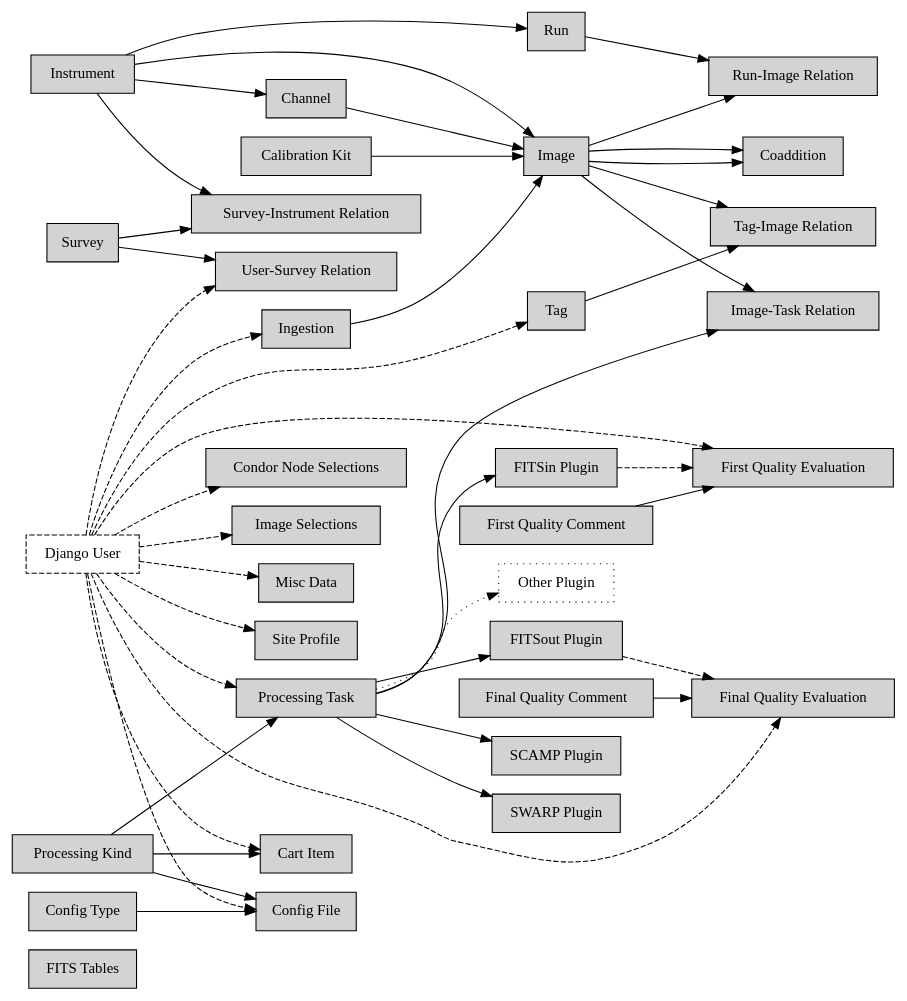
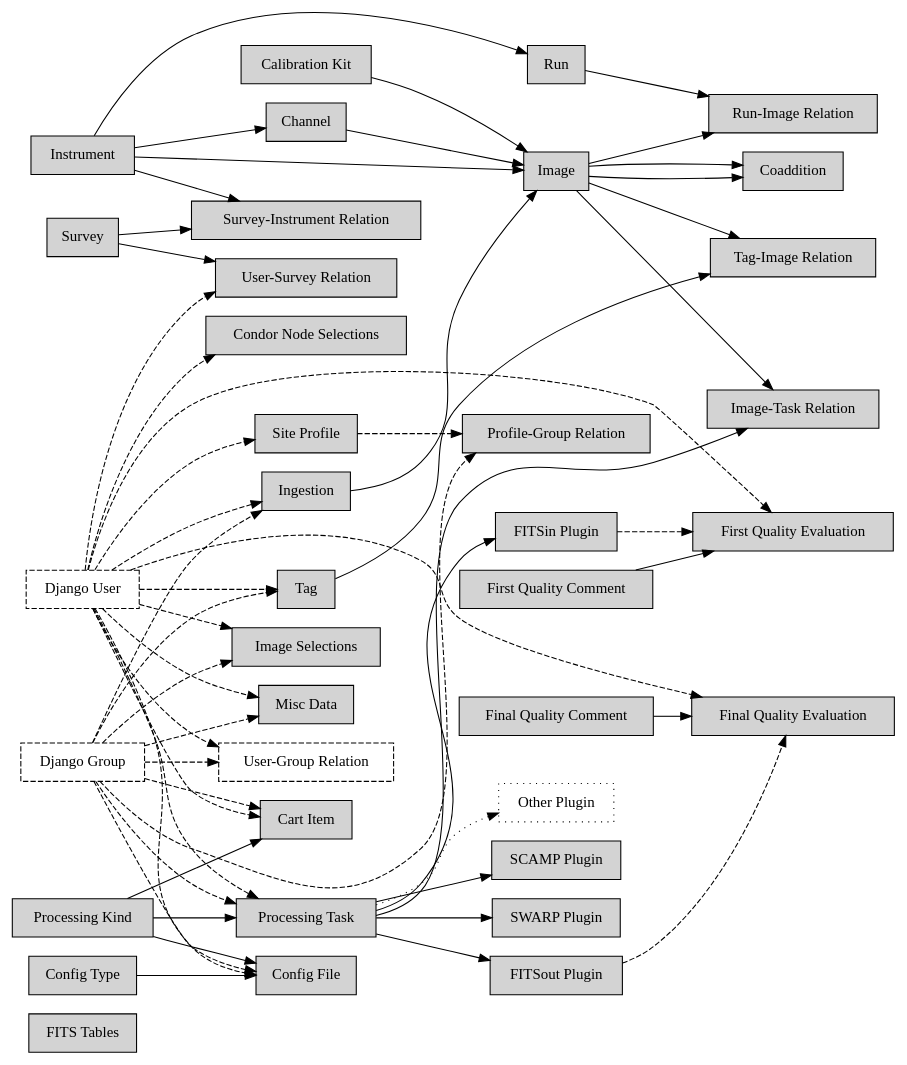
One commit to gotsunami/Youpi changed the diagram in doc/handbook/figures/codasyl.dot. Above: the diagram before and after it, drawn with Graphviz. The commit also changed 4 other files, not shown here.

```diff
--- a/doc/handbook/figures/codasyl.dot
+++ b/doc/handbook/figures/codasyl.dot
@@ -1,88 +1,103 @@
 /*
  * Youpi's CODASYL logical model
  *
  */
 digraph codasyl { 
 	rankdir = LR;
 	node [shape = box, style = filled];
 
 	/* Standalone records */
 	"FITS Tables";
 
 	/* Linked records */
 	calib [label="Calibration Kit"];
 	imgsel [label="Image Selections"];
 	task [label="Processing Task"];
 	relri [label="Run-Image Relation"];
 	carti [label="Cart Item"];
 	relsi [label="Survey-Instrument Relation"];
 	relit [label="Image-Task Relation"];
 	relus [label="User-Survey Relation"];
+	relug [label="User-Group Relation", style=dashed];
+	relpg [label="Profile-Group Relation"];
 	reltagi [label="Tag-Image Relation"];
 	kind [label="Processing Kind"];
 	plugfitsin [label="FITSin Plugin"];
 	plugfitsout [label="FITSout Plugin"];
 	plugscamp [label="SCAMP Plugin"];
 	plugswarp [label="SWARP Plugin"];
 	plugother [label="Other Plugin", style=dotted];
 	user [label="Django User", style=dashed];
+	group [label="Django Group", style=dashed];
 	miscdata [label="Misc Data"];
 	configfile [label="Config File"];
 	configtype [label="Config Type"];
 	ingrading [label="First Quality Evaluation"];
 	outgrading [label="Final Quality Evaluation"];
 	incomment [label="First Quality Comment"];
 	outcomment [label="Final Quality Comment"];
 	siteprofile [label="Site Profile"];
 	condornodesel [label="Condor Node Selections"];
 
 	/* Sets */
 	calib -> Image;
 	Channel -> Image;
 	Ingestion -> Image;
 	Instrument -> Image;
 	Image -> Coaddition;
 	Image -> Coaddition;
 	Image -> relri;
 	Image -> relit;
 	Image -> reltagi;
 	task -> plugfitsin;
 	task -> plugfitsout;
 	task -> plugscamp;
 	task -> plugswarp;
 	task -> plugother[style=dotted];
 	Run -> relri;
 
 	user -> carti[style=dashed];
 	user -> task[style=dashed];
 	user -> Ingestion[style=dashed];
 	user -> imgsel[style=dashed];
 	user -> miscdata[style=dashed];
 	user -> configfile[style=dashed];
 	user -> ingrading[style=dashed];
 	user -> outgrading[style=dashed];
 	user -> siteprofile[style=dashed];
 	user -> condornodesel[style=dashed];
 	user -> relus[style=dashed];
+	user -> relug[style=dashed];
 	user -> Tag[style=dashed];
 	plugfitsin -> ingrading[style=dashed];
 	plugfitsout -> outgrading[style=dashed];
+
+	group -> task[style=dashed];
+	group -> Tag[style=dashed];
+	group -> carti[style=dashed];
+	group -> configfile[style=dashed];
+	group -> imgsel[style=dashed];
+	group -> Ingestion[style=dashed];
+	group -> miscdata[style=dashed];
+	group -> relug[style=dashed];
+	group -> relpg[style=dashed];
+	siteprofile -> relpg[style=dashed];
 	
 	Instrument -> Channel;
 	Instrument -> Run;
 	Survey -> relsi;
 	Survey -> relus;
 	Instrument -> relsi;
 
 	kind -> task;
 	kind -> configfile;
 	kind -> carti;
 
 	configtype -> configfile;
 
 	task -> relit;
 	Tag -> reltagi;
 
 	incomment -> ingrading;
 	outcomment -> outgrading;
 } 
```
